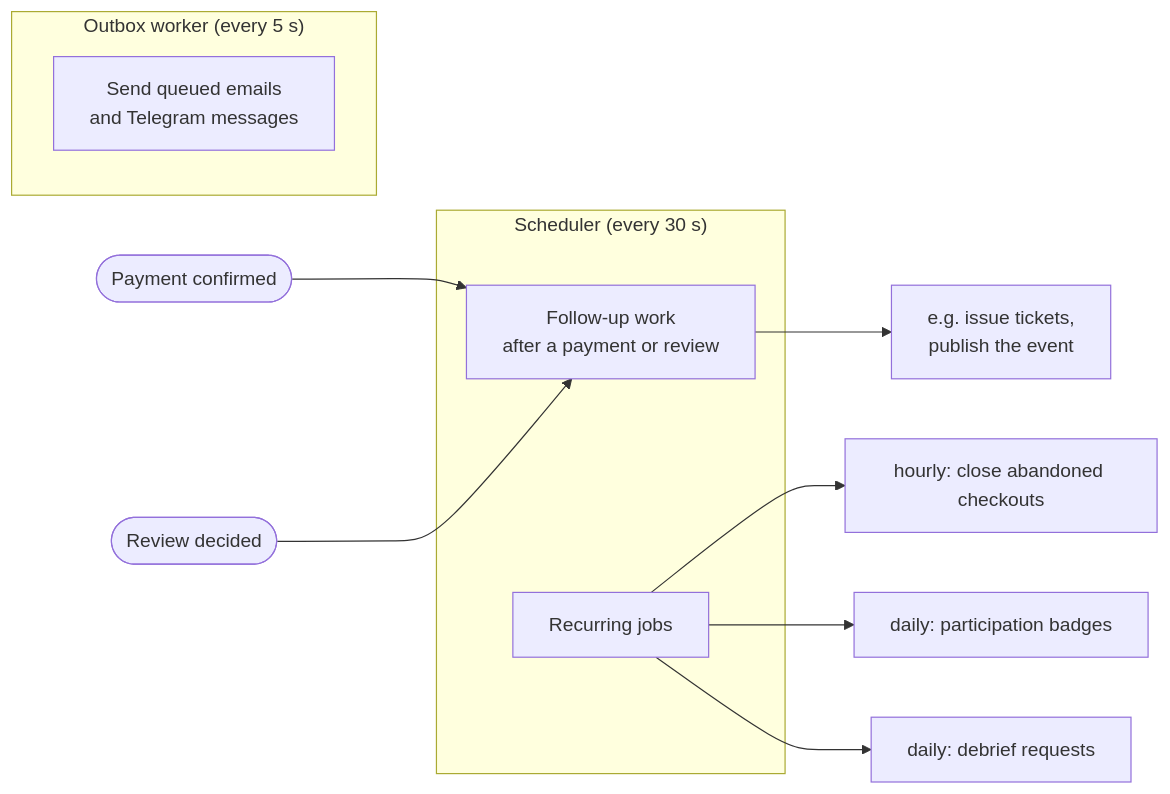
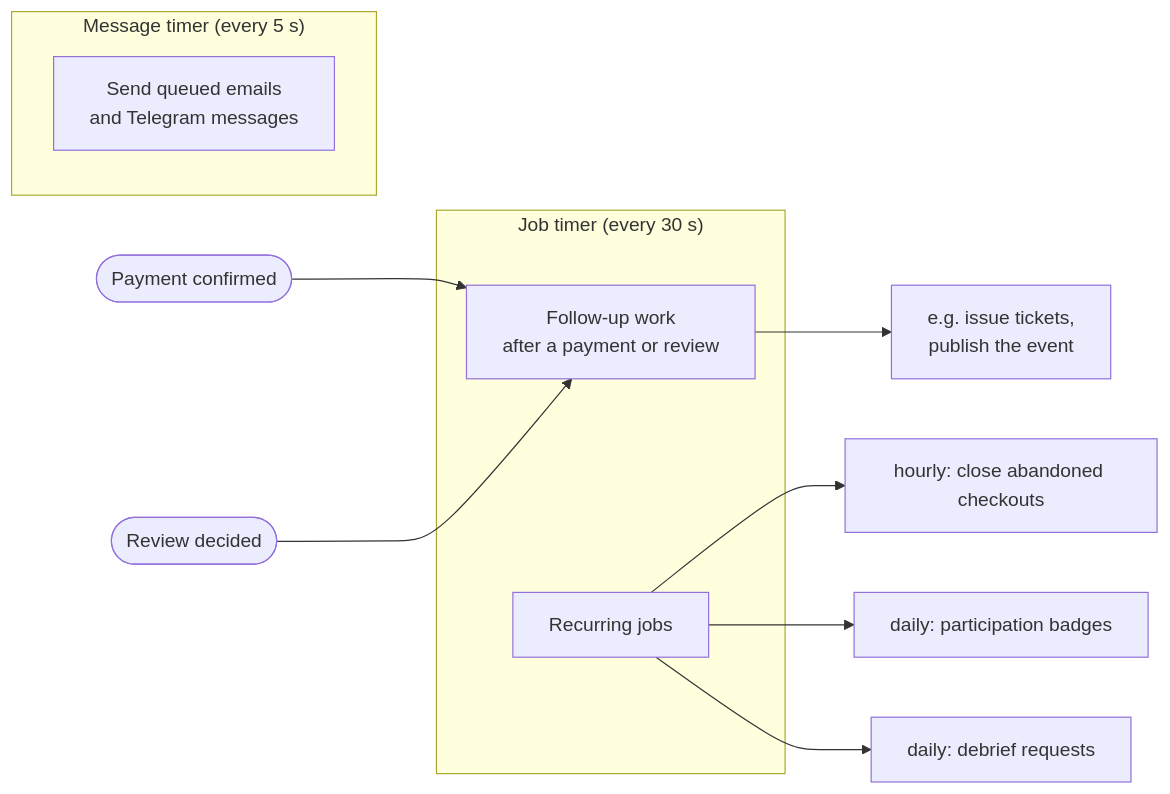
One commit to Konkrad/cms changed the diagram in src/core/scheduler/features/background-jobs.md. Above: the diagram before and after it, drawn with Mermaid. The commit also changed other lines of this file and 2 other files, not shown here.

````diff
--- a/src/core/scheduler/features/background-jobs.md
+++ b/src/core/scheduler/features/background-jobs.md
@@ -14,16 +16,16 @@
 ```mermaid
 flowchart LR
-    subgraph outbox ["Outbox worker (every 5 s)"]
+    subgraph outbox ["Message timer (every 5 s)"]
         o1["Send queued emails<br/>and Telegram messages"]
     end
-    subgraph sched ["Scheduler (every 30 s)"]
+    subgraph sched ["Job timer (every 30 s)"]
         s1["Follow-up work<br/>after a payment or review"]
         s2["Recurring jobs"]
     end
     pay(["Payment confirmed"]) --> s1
     rev(["Review decided"]) --> s1
     s1 --> ev["e.g. issue tickets,<br/>publish the event"]
     s2 --> j1["hourly: close abandoned checkouts"]
     s2 --> j2["daily: participation badges"]
     s2 --> j3["daily: debrief requests"]
 ```
````
